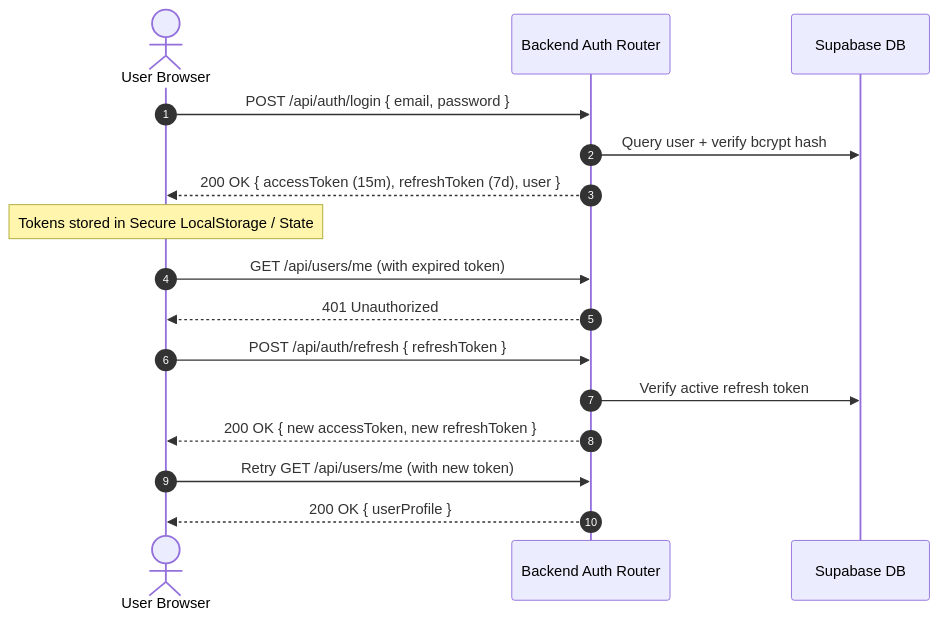
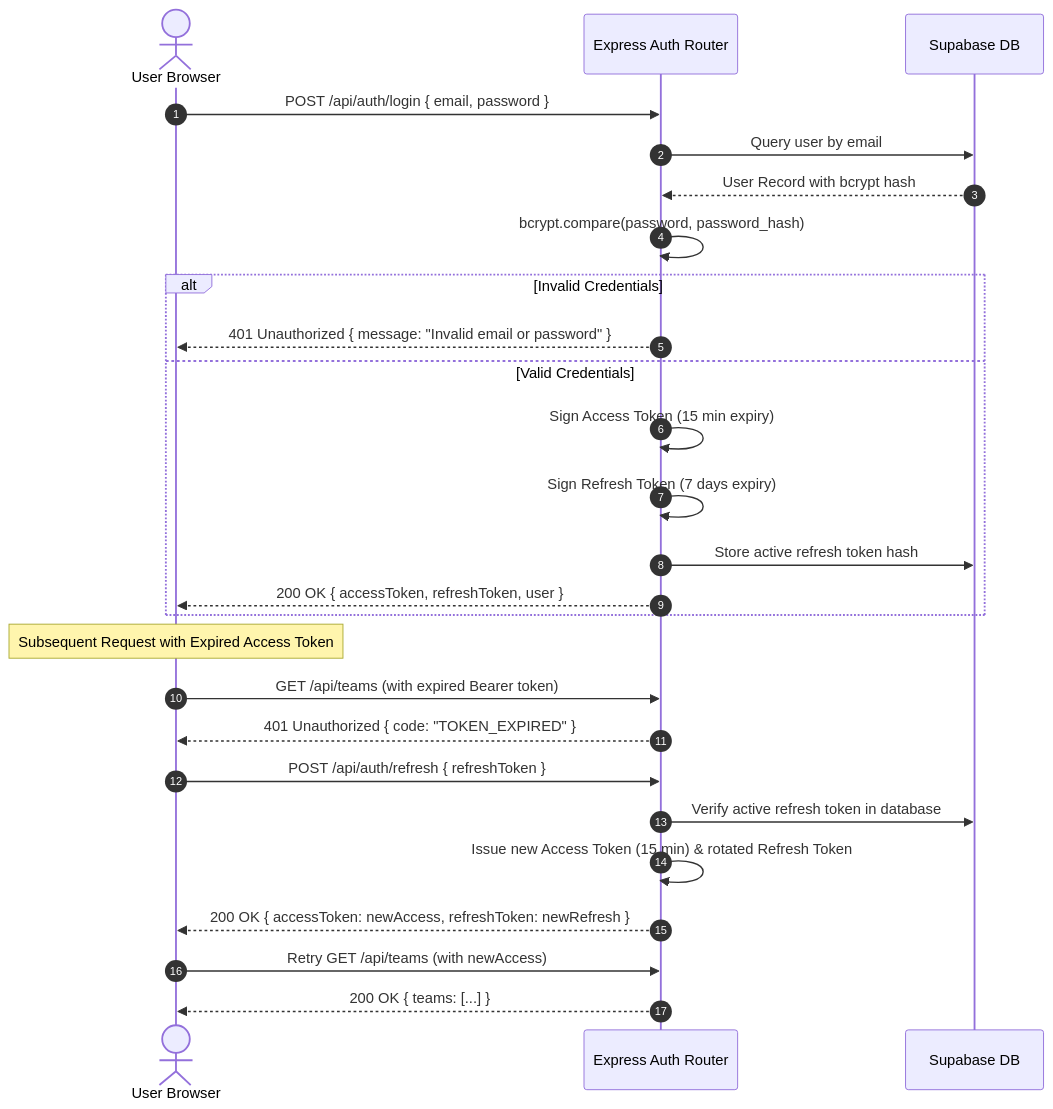
Before and after one commit to Ti838/Project-Hive: the seventh of 7 diagrams in ARCHITECTURE.md, drawn with Mermaid. The commit also changed other lines of this file and 73 other files, not shown here.

Commit message:
feat: complete production ecosystem with LiveKit SFU, HiveMind AI, Team Workspace, WhatsApp messaging, ultra-responsive UI, and comprehensive Mermaid architecture documentation

````diff
--- a/ARCHITECTURE.md
+++ b/ARCHITECTURE.md
@@ -109,21 +393,32 @@
 ```mermaid
 sequenceDiagram
     autonumber
     actor User as User Browser
-    participant API as Backend Auth Router
+    participant Gateway as Express Auth Router
     participant DB as Supabase DB
 
-    User->>API: POST /api/auth/login { email, password }
-    API->>DB: Query user + verify bcrypt hash
-    API-->>User: 200 OK { accessToken (15m), refreshToken (7d), user }
-    Note over User: Tokens stored in Secure LocalStorage / State
+    User->>Gateway: POST /api/auth/login { email, password }
+    Gateway->>DB: Query user by email
+    DB-->>Gateway: User Record with bcrypt hash
+    Gateway->>Gateway: bcrypt.compare(password, password_hash)
 
-    User->>API: GET /api/users/me (with expired token)
-    API-->>User: 401 Unauthorized
+    alt Invalid Credentials
+        Gateway-->>User: 401 Unauthorized { message: "Invalid email or password" }
+    else Valid Credentials
+        Gateway->>Gateway: Sign Access Token (15 min expiry)
+        Gateway->>Gateway: Sign Refresh Token (7 days expiry)
+        Gateway->>DB: Store active refresh token hash
+        Gateway-->>User: 200 OK { accessToken, refreshToken, user }
+    end
 
-    User->>API: POST /api/auth/refresh { refreshToken }
-    API->>DB: Verify active refresh token
-    API-->>User: 200 OK { new accessToken, new refreshToken }
-    User->>API: Retry GET /api/users/me (with new token)
-    API-->>User: 200 OK { userProfile }
+    Note over User: Subsequent Request with Expired Access Token
+    User->>Gateway: GET /api/teams (with expired Bearer token)
+    Gateway-->>User: 401 Unauthorized { code: "TOKEN_EXPIRED" }
+
+    User->>Gateway: POST /api/auth/refresh { refreshToken }
+    Gateway->>DB: Verify active refresh token in database
+    Gateway->>Gateway: Issue new Access Token (15 min) & rotated Refresh Token
+    Gateway-->>User: 200 OK { accessToken: newAccess, refreshToken: newRefresh }
+    User->>Gateway: Retry GET /api/teams (with newAccess)
+    Gateway-->>User: 200 OK { teams: [...] }
 ```
````
